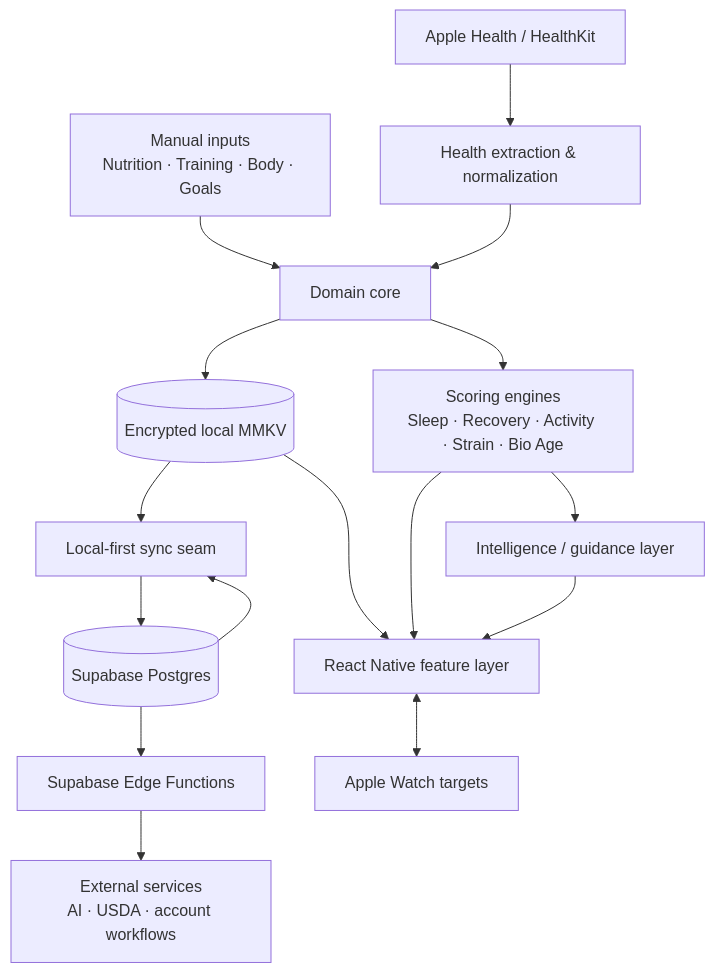
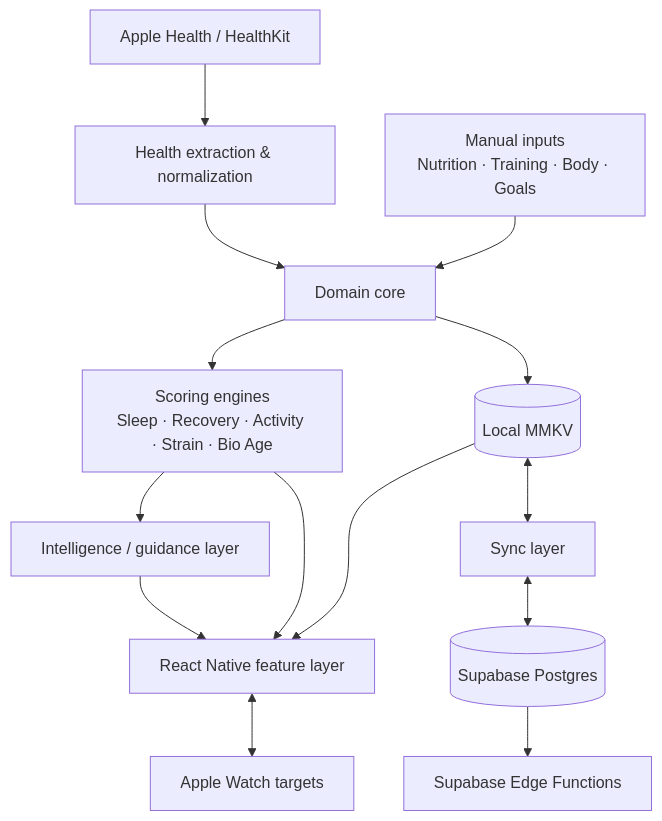
The first of 3 diagrams in docs/ARCHITECTURE.md (momaoalo/halaty-project-showcase), drawn with Mermaid before and after one commit. The commit also changed other lines of this file, not shown here.

Commit message:
Refine architecture documentation for portfolio review

````diff
--- a/docs/ARCHITECTURE.md
+++ b/docs/ARCHITECTURE.md
@@ -23,23 +23,20 @@
 ```mermaid
 flowchart TB
     HK[Apple Health / HealthKit] --> HX[Health extraction & normalization]
     MAN[Manual inputs\nNutrition · Training · Body · Goals] --> DOMAIN
     HX --> DOMAIN[Domain core]
 
     DOMAIN --> SCORE[Scoring engines\nSleep · Recovery · Activity · Strain · Bio Age]
     SCORE --> INTEL[Intelligence / guidance layer]
 
-    DOMAIN --> LOCAL[(Encrypted local MMKV)]
+    DOMAIN --> LOCAL[(Local MMKV)]
     LOCAL --> UI[React Native feature layer]
     SCORE --> UI
     INTEL --> UI
 
-    LOCAL --> SYNC[Local-first sync seam]
-    SYNC --> SB[(Supabase Postgres)]
-    SB --> SYNC
-
+    LOCAL <--> SYNC[Sync layer]
+    SYNC <--> SB[(Supabase Postgres)]
     SB --> EDGE[Supabase Edge Functions]
-    EDGE --> EXT[External services\nAI · USDA · account workflows]
 
     UI <--> WATCH[Apple Watch targets]
 ```
````
